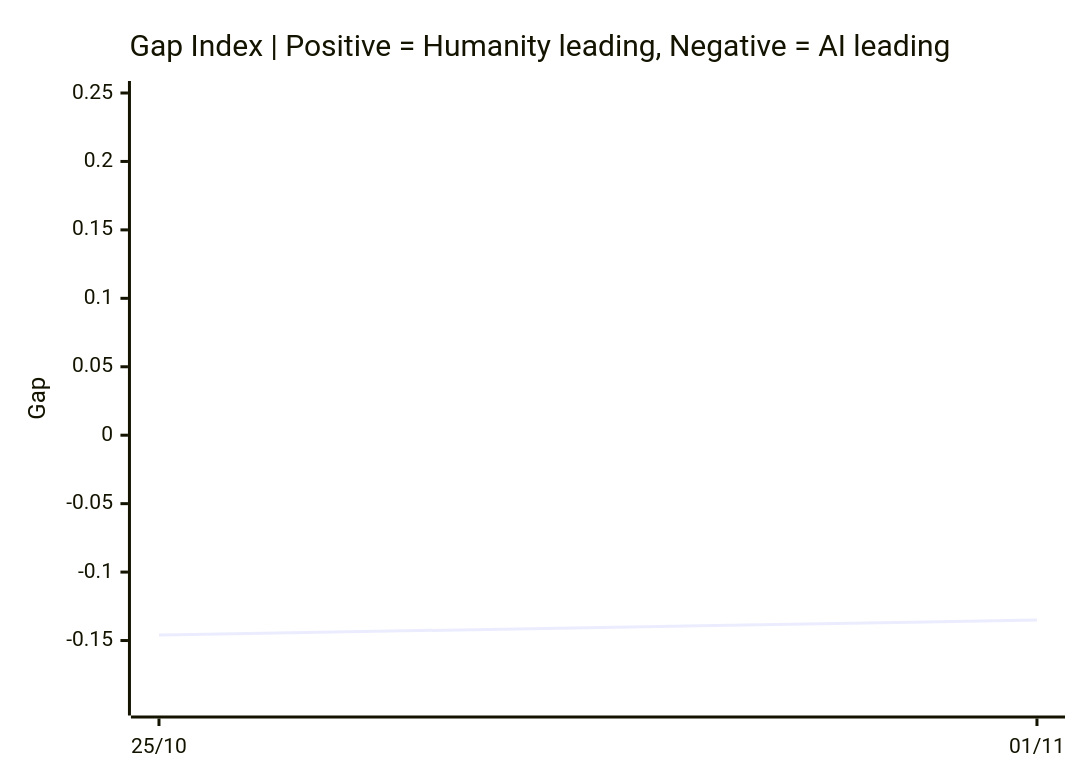
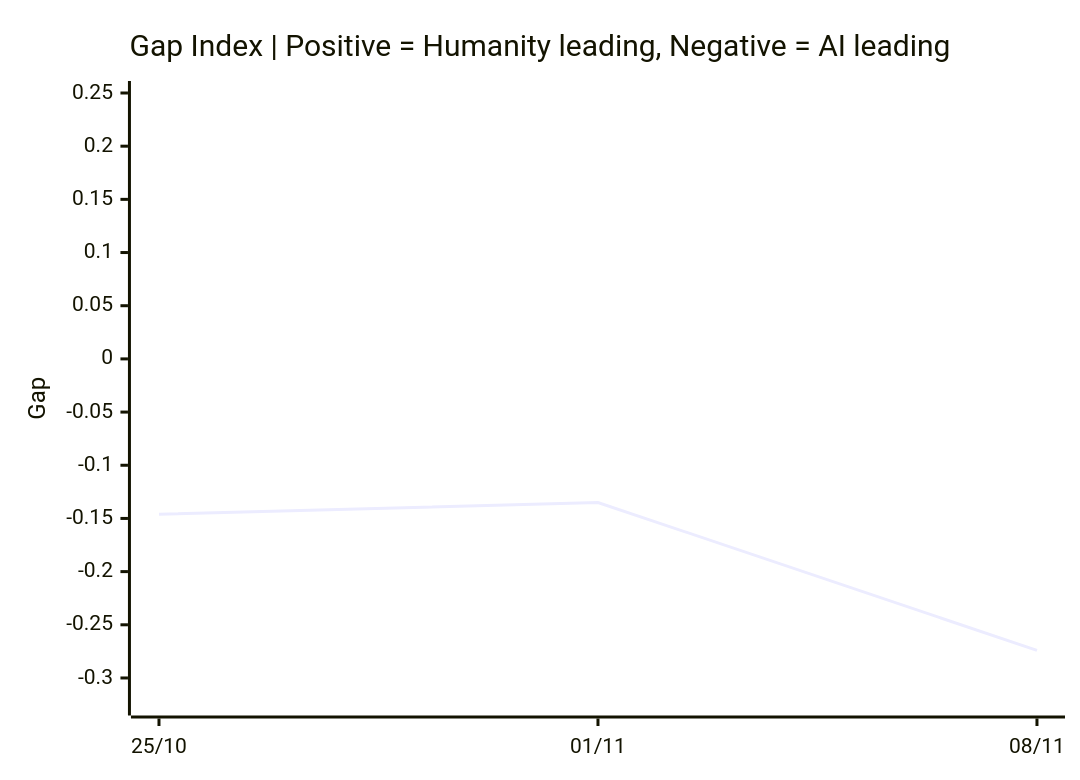
The second of 3 diagrams in README.md (VQQLK/Human-AI-Monitor), drawn with Mermaid before and after one commit. The commit also changed other lines of this file and 8 other files, not shown here.

````diff
--- a/README.md
+++ b/README.md
@@ -45,7 +45,7 @@
 ```mermaid
 xychart-beta
     title "Gap Index | Positive = Humanity leading, Negative = AI leading"
-    x-axis ["25/10", "01/11"]
-    y-axis "Gap" -0.196 --> 0.250
-    line [-0.146, -0.135]
+    x-axis ["25/10", "01/11", "08/11"]
+    y-axis "Gap" -0.324 --> 0.250
+    line [-0.146, -0.135, -0.274]
 ```
````
